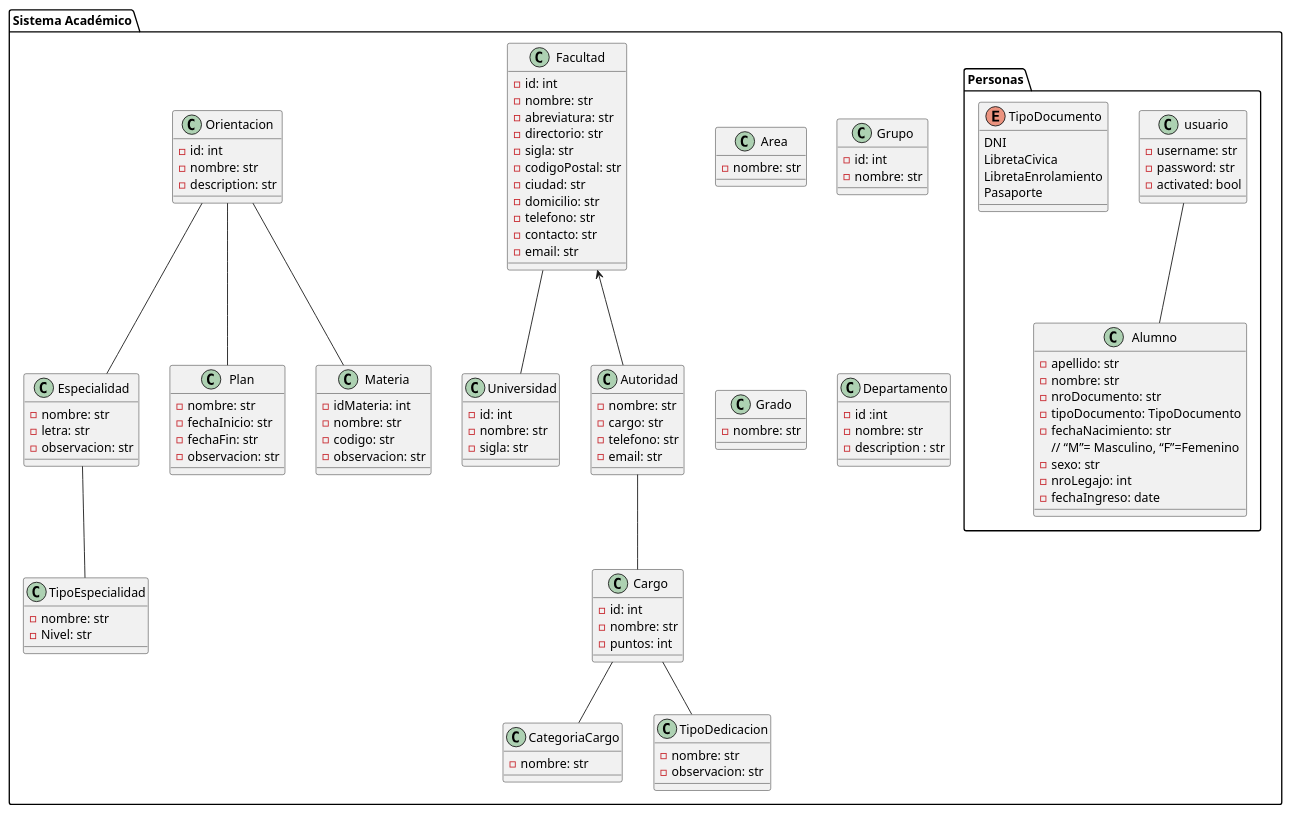
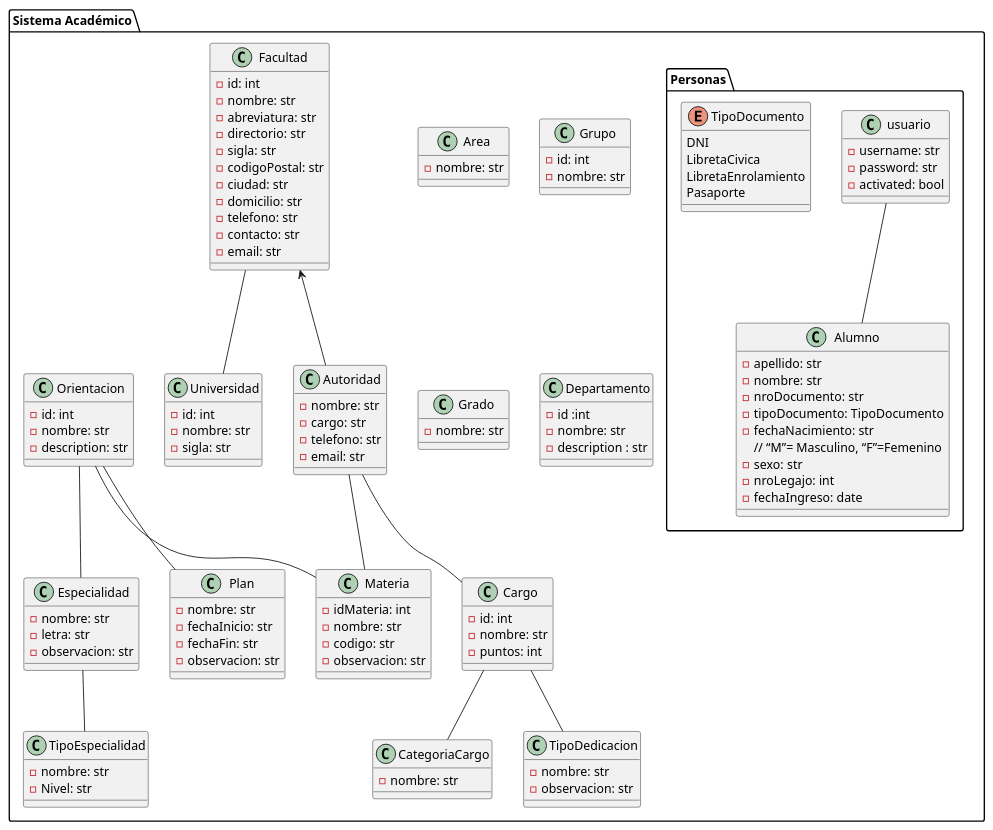
Before and after one commit to Juanpa1911/SysAcad2.0: the diagram in app/docs/sysacad_diagrama_de_clases.puml, drawn with PlantUML. The commit also changed 10 other files, not shown here.

```diff
--- a/app/docs/sysacad_diagrama_de_clases.puml
+++ b/app/docs/sysacad_diagrama_de_clases.puml
@@ -1,133 +1,134 @@
 @startuml Diagrama de Clases de sysacad
 package "Sistema Académico"{
     package "Personas"{
         class usuario{
             - username: str
             - password: str
             -activated: bool
         }
         class Alumno {
             - apellido: str
             - nombre: str
             - nroDocumento: str
             - tipoDocumento: TipoDocumento
             - fechaNacimiento: str
             // “M”= Masculino, “F”=Femenino
             - sexo: str
             - nroLegajo: int
             - fechaIngreso: date
         }
 
         enum TipoDocumento {
             DNI
             LibretaCivica
             LibretaEnrolamiento
             Pasaporte
         }
     }
 
     class Universidad {
         -id: int
         -nombre: str
         -sigla: str
     }
 
     class Facultad {
         -id: int
         -nombre: str
         -abreviatura: str
         -directorio: str
         -sigla: str
         -codigoPostal: str
         -ciudad: str
         -domicilio: str
         -telefono: str
         -contacto: str
         -email: str
     }
 
     class Autoridad {
         -nombre: str
         -cargo: str
         -telefono: str
         -email: str
     }
 
     class Area {
         - nombre: str
     }
 
     class Especialidad {
         - nombre: str
         - letra: str
         - observacion: str
     }
 
     class TipoEspecialidad {
         - nombre: str
         - Nivel: str
     }
 
     class Grupo {
         - id: int
         - nombre: str
     }
 
     class Plan {
         - nombre: str
         - fechaInicio: str
         - fechaFin: str
         - observacion: str
     }
 
     class Orientacion {
         - id: int
         - nombre: str
         - description: str
     }
 
     class Grado {
         - nombre: str
     }
 
     class Cargo {
         - id: int
         - nombre: str
         - puntos: int
         
     }
     
     class CategoriaCargo {
         - nombre: str
     } 
    
     class Materia {
         - idMateria: int
         - nombre: str
         - codigo: str
         - observacion: str
     }
 
     class TipoDedicacion {
         - nombre: str
         - observacion: str
     }
 
     class Departamento {
         - id :int
         - nombre: str
         - description : str
     }
 
     usuario -- Alumno
     Orientacion -- Especialidad
     Orientacion -- Plan
     Orientacion -- Materia
+    Autoridad -- Materia
     Especialidad -- TipoEspecialidad
     Facultad <-- Autoridad
     Facultad -- Universidad
     Autoridad -- Cargo
     Cargo -- CategoriaCargo
     Cargo -- TipoDedicacion
 }
 @enduml
```
